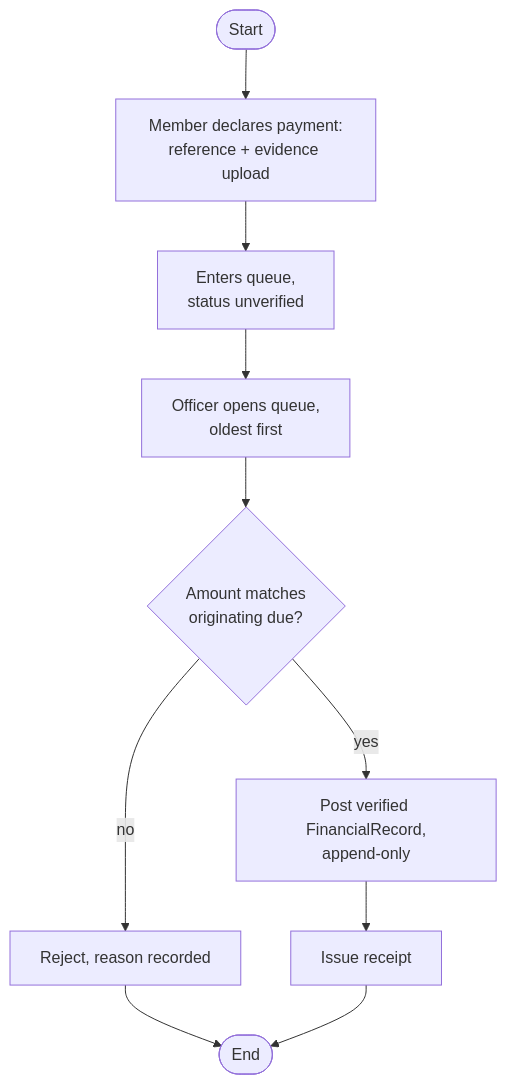
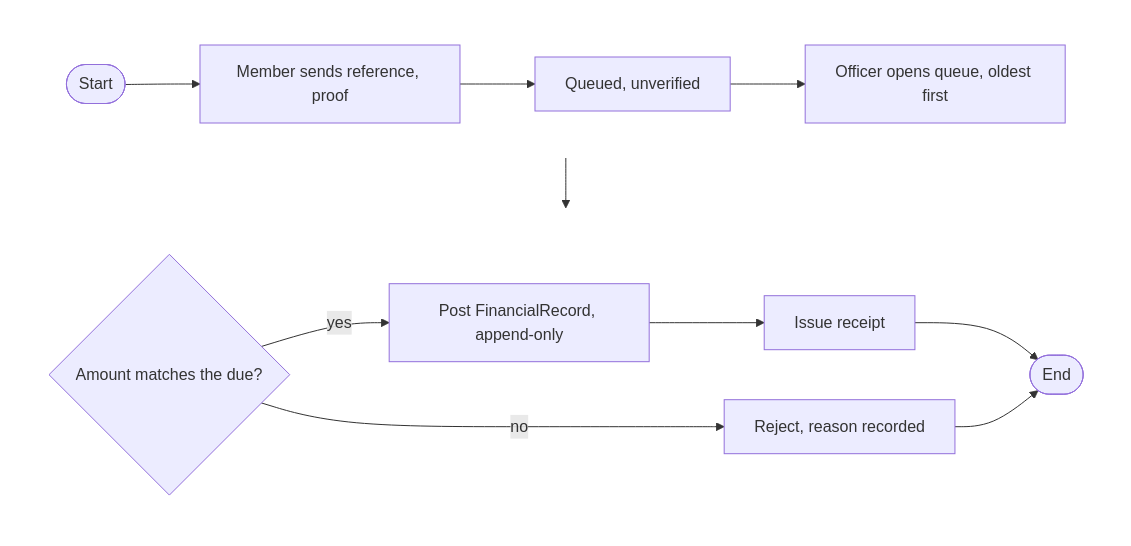
One commit to shalin-rahman/GHCAA changed the seventh of 19 diagrams in docs/book/05-system-analysis.md. Above: the diagram before and after it, drawn with Mermaid. The commit also changed other lines of this file and 42 other files, not shown here.

````diff
--- a/docs/book/05-system-analysis.md
+++ b/docs/book/05-system-analysis.md
@@ -361,12 +369,15 @@
 ```mermaid
 flowchart TB
-    S([Start]) --> B1[Member declares payment:<br/>reference + evidence upload]
-    B1 --> B2[Enters queue,<br/>status unverified]
-    B2 --> B3[Officer opens queue,<br/>oldest first]
-    B3 --> B4{Amount matches<br/>originating due?}
-    B4 -->|no| B5[Reject, reason recorded]
-    B4 -->|yes| B6[Post verified FinancialRecord,<br/>append-only]
-    B6 --> B7[Issue receipt]
-    B5 --> E([End])
-    B7 --> E
+    subgraph R1[" "]
+      direction LR
+      S([Start]) --> B1[Member sends reference, proof] --> B2[Queued, unverified] --> B3[Officer opens queue, oldest first]
+    end
+    subgraph R2[" "]
+      direction LR
+      B4{Amount matches the due?} -->|yes| B6[Post FinancialRecord, append-only] --> B7[Issue receipt] --> E([End])
+      B4 -->|no| B5[Reject, reason recorded] --> E
+    end
+    R1 --> R2
+    style R1 fill:none,stroke:none
+    style R2 fill:none,stroke:none
 ```
````
